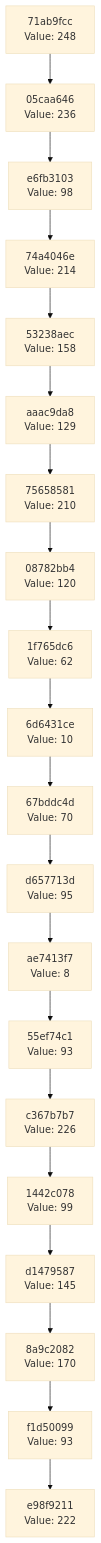
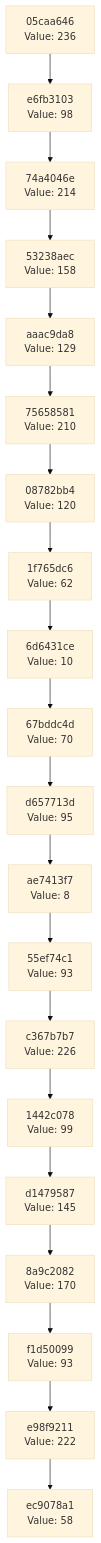
The diagram in docs/CHAIN_VISUALIZATION.md (Abhisheksinha1506/hash-chain-evolver), drawn with Mermaid (base theme) before and after one commit. The commit also changed 2 other files, not shown here.

Commit message:
Evolution step: hash 0x3A → action executed

````diff
--- a/docs/CHAIN_VISUALIZATION.md
+++ b/docs/CHAIN_VISUALIZATION.md
@@ -3,42 +3,42 @@
 ```mermaid
 graph TD
-    C0["e98f9211<br/>Value: 222"]
-    C1["f1d50099<br/>Value: 93"]
+    C0["ec9078a1<br/>Value: 58"]
+    C1["e98f9211<br/>Value: 222"]
     C1 --> C0
-    C2["8a9c2082<br/>Value: 170"]
+    C2["f1d50099<br/>Value: 93"]
     C2 --> C1
-    C3["d1479587<br/>Value: 145"]
+    C3["8a9c2082<br/>Value: 170"]
     C3 --> C2
-    C4["1442c078<br/>Value: 99"]
+    C4["d1479587<br/>Value: 145"]
     C4 --> C3
-    C5["c367b7b7<br/>Value: 226"]
+    C5["1442c078<br/>Value: 99"]
     C5 --> C4
-    C6["55ef74c1<br/>Value: 93"]
+    C6["c367b7b7<br/>Value: 226"]
     C6 --> C5
-    C7["ae7413f7<br/>Value: 8"]
+    C7["55ef74c1<br/>Value: 93"]
     C7 --> C6
-    C8["d657713d<br/>Value: 95"]
+    C8["ae7413f7<br/>Value: 8"]
     C8 --> C7
-    C9["67bddc4d<br/>Value: 70"]
+    C9["d657713d<br/>Value: 95"]
     C9 --> C8
-    C10["6d6431ce<br/>Value: 10"]
+    C10["67bddc4d<br/>Value: 70"]
     C10 --> C9
-    C11["1f765dc6<br/>Value: 62"]
+    C11["6d6431ce<br/>Value: 10"]
     C11 --> C10
-    C12["08782bb4<br/>Value: 120"]
+    C12["1f765dc6<br/>Value: 62"]
     C12 --> C11
-    C13["75658581<br/>Value: 210"]
+    C13["08782bb4<br/>Value: 120"]
     C13 --> C12
-    C14["aaac9da8<br/>Value: 129"]
+    C14["75658581<br/>Value: 210"]
     C14 --> C13
-    C15["53238aec<br/>Value: 158"]
+    C15["aaac9da8<br/>Value: 129"]
     C15 --> C14
-    C16["74a4046e<br/>Value: 214"]
+    C16["53238aec<br/>Value: 158"]
     C16 --> C15
-    C17["e6fb3103<br/>Value: 98"]
+    C17["74a4046e<br/>Value: 214"]
     C17 --> C16
-    C18["05caa646<br/>Value: 236"]
+    C18["e6fb3103<br/>Value: 98"]
     C18 --> C17
-    C19["71ab9fcc<br/>Value: 248"]
+    C19["05caa646<br/>Value: 236"]
     C19 --> C18
 ```
````
